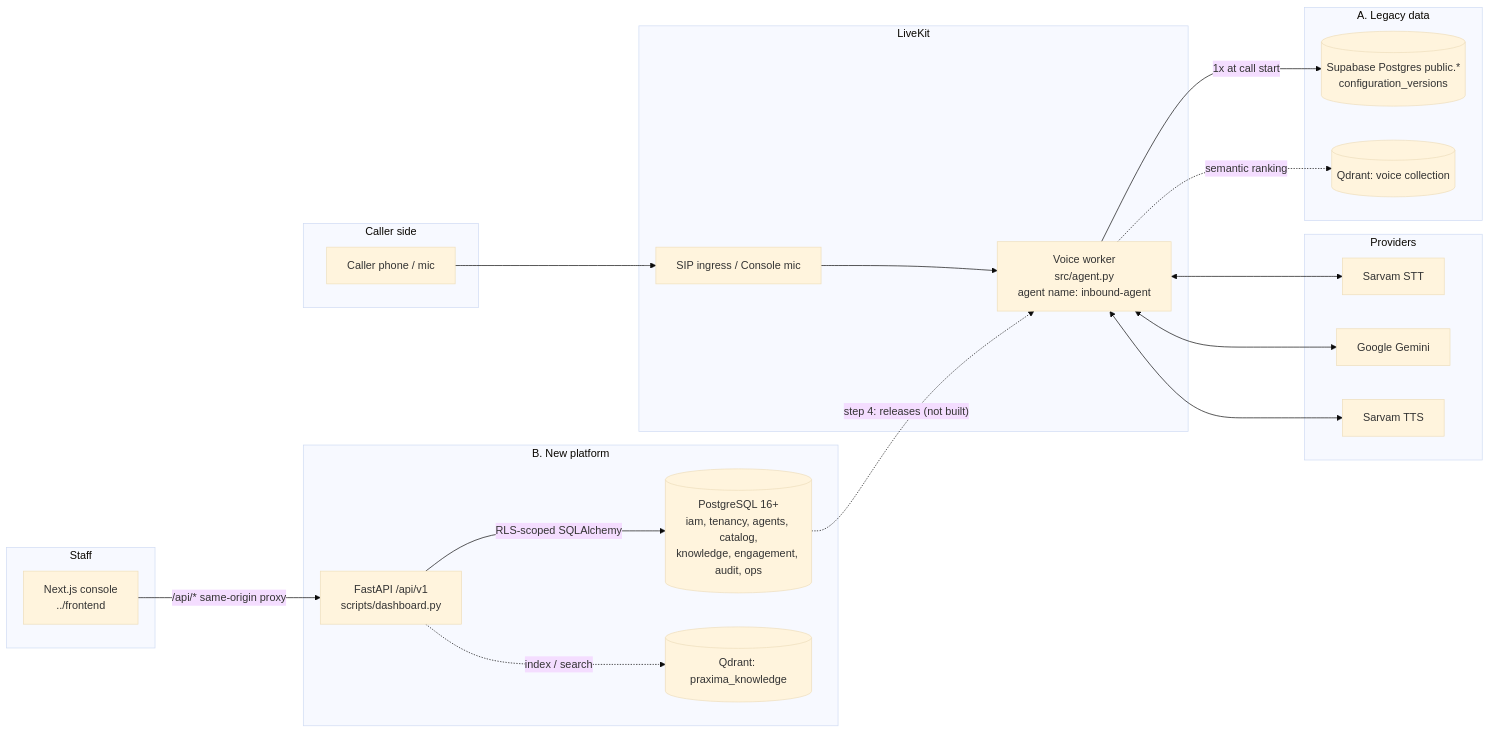
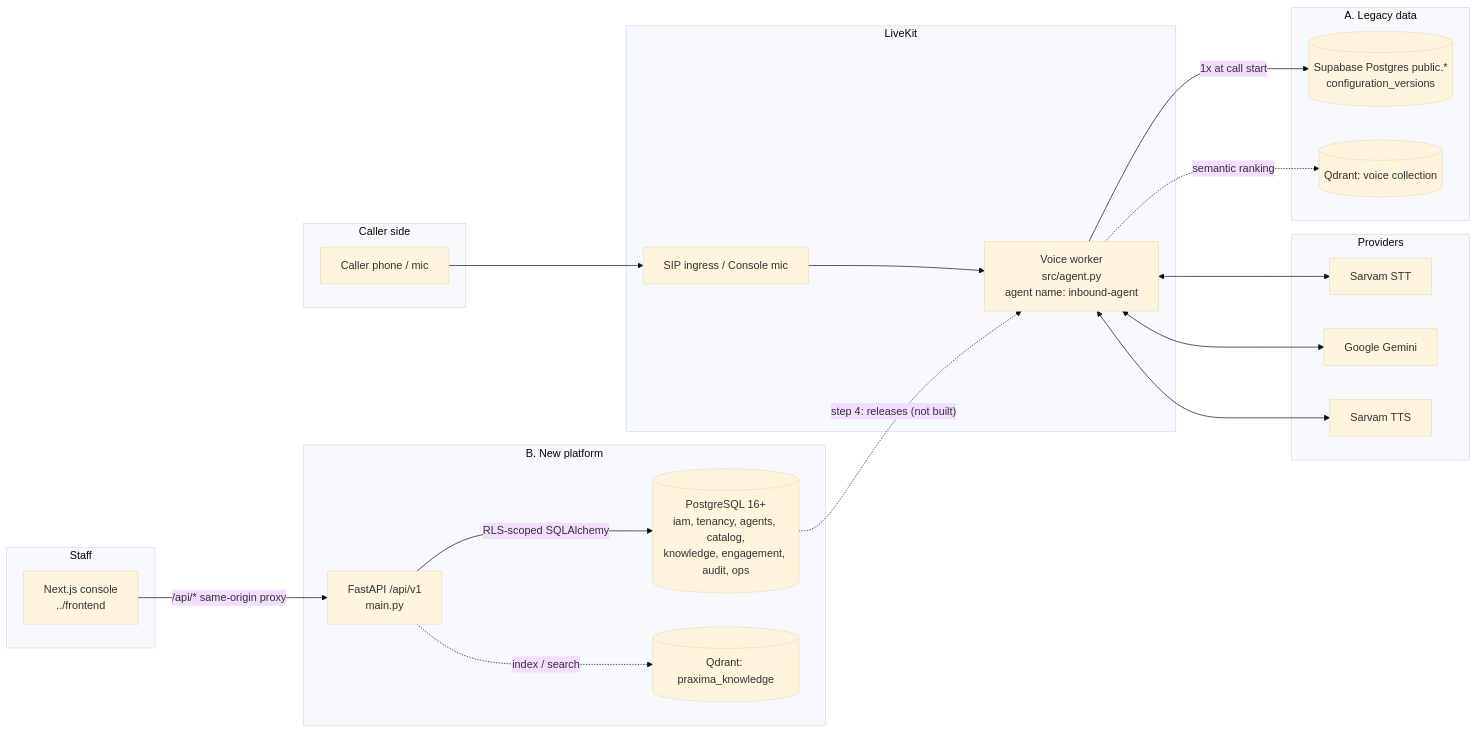
Before and after one commit to nitctrl/praxima-automata: the first of 3 diagrams in PROJECT_UNDERSTANDING.md, drawn with Mermaid (base theme). The commit also changed other lines of this file and 5 other files, not shown here.

First line of the commit message:
Expose the API as main:app for uvicorn

````diff
--- a/PROJECT_UNDERSTANDING.md
+++ b/PROJECT_UNDERSTANDING.md
@@ -48,38 +48,38 @@
 ```mermaid
 flowchart LR
     subgraph Caller side
         C[Caller phone / mic]
     end
     subgraph LiveKit
         SIP[SIP ingress / Console mic]
         W[Voice worker<br/>src/agent.py<br/>agent name: inbound-agent]
     end
     subgraph Providers
         STT[Sarvam STT]
         LLM[Google Gemini]
         TTS[Sarvam TTS]
     end
     subgraph "A. Legacy data"
         PG[(Supabase Postgres public.*<br/>configuration_versions)]
         Q[(Qdrant: voice collection)]
     end
     subgraph "B. New platform"
-        API[FastAPI /api/v1<br/>scripts/dashboard.py]
+        API[FastAPI /api/v1<br/>main.py]
         NEW[(PostgreSQL 16+<br/>iam, tenancy, agents, catalog,<br/>knowledge, engagement, audit, ops)]
         QK[(Qdrant: praxima_knowledge)]
     end
     subgraph Staff
         FE[Next.js console<br/>../frontend]
     end
 
     C --> SIP --> W
     W <--> STT
     W <--> LLM
     W <--> TTS
     W -- "1x at call start" --> PG
     W -. "semantic ranking" .-> Q
     FE -- "/api/* same-origin proxy" --> API
     API -- "RLS-scoped SQLAlchemy" --> NEW
     API -. "index / search" .-> QK
     NEW -. "step 4: releases (not built)" .-> W
 ```
````
